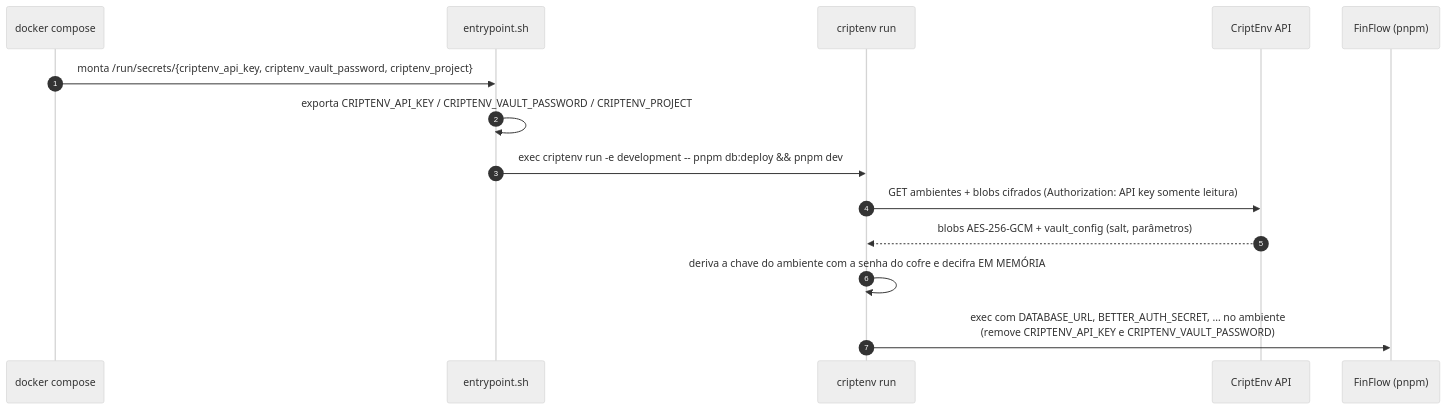
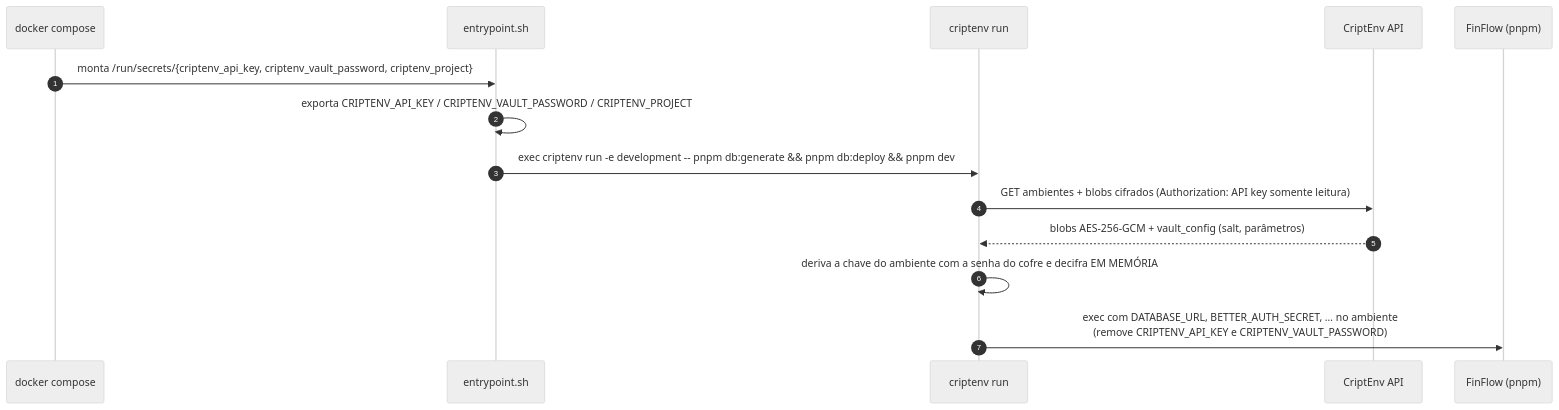
The diagram in docs/CRIPTENV.md (77mdias/finflow), drawn with Mermaid (neutral theme) before and after one commit. The commit also changed 2 other files, not shown here.

Commit message:
fix(dev): keep the generated Prisma client visible under the bind mount
The .:/app bind mount hid /app/src/generated (created by pnpm install in the
image and absent from a fresh checkout), so the containerized app could not
resolve @/generated/prisma/client. Mount it as a named volume initialized
from the image and regenerate the client on every start.

Claude-Session: https://claude.ai/code/session_01PYRxSjUnfdDWs4n7JGe3Td

````diff
--- a/docs/CRIPTENV.md
+++ b/docs/CRIPTENV.md
@@ -16,17 +16,17 @@
 ```mermaid
 sequenceDiagram
     autonumber
     participant D as docker compose
     participant E as entrypoint.sh
     participant C as criptenv run
     participant API as CriptEnv API
     participant A as FinFlow (pnpm)
 
     D->>E: monta /run/secrets/{criptenv_api_key, criptenv_vault_password, criptenv_project}
     E->>E: exporta CRIPTENV_API_KEY / CRIPTENV_VAULT_PASSWORD / CRIPTENV_PROJECT
-    E->>C: exec criptenv run -e development -- pnpm db:deploy && pnpm dev
+    E->>C: exec criptenv run -e development -- pnpm db:generate && pnpm db:deploy && pnpm dev
     C->>API: GET ambientes + blobs cifrados (Authorization: API key somente leitura)
     API-->>C: blobs AES-256-GCM + vault_config (salt, parâmetros)
     C->>C: deriva a chave do ambiente com a senha do cofre e decifra EM MEMÓRIA
     C->>A: exec com DATABASE_URL, BETTER_AUTH_SECRET, … no ambiente<br/>(remove CRIPTENV_API_KEY e CRIPTENV_VAULT_PASSWORD)
 ```
````
